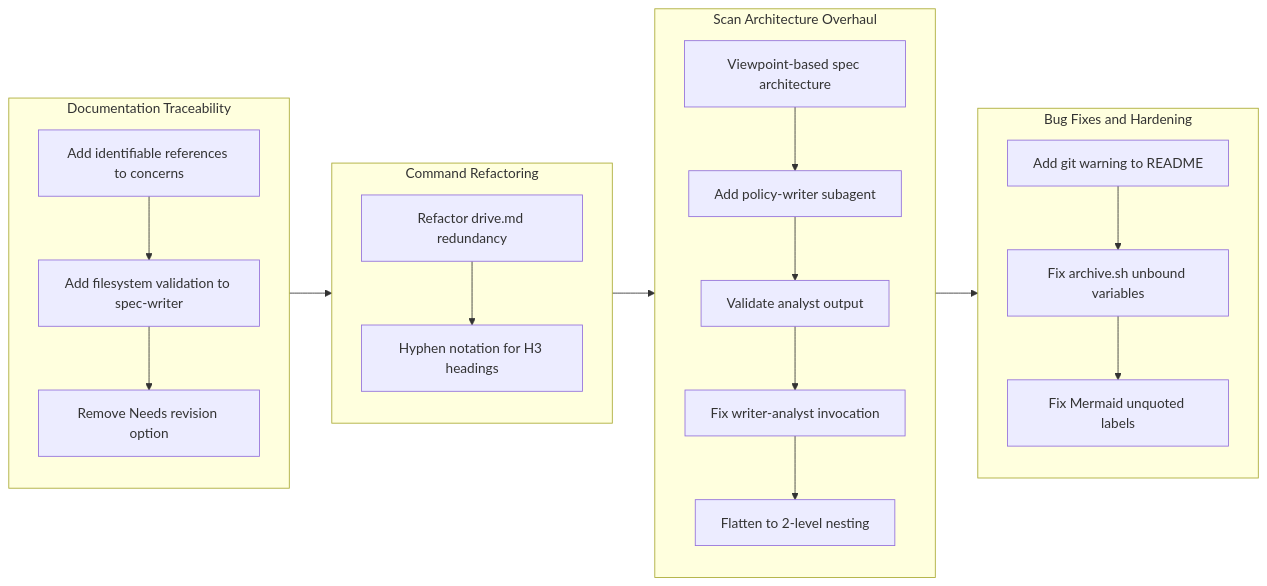
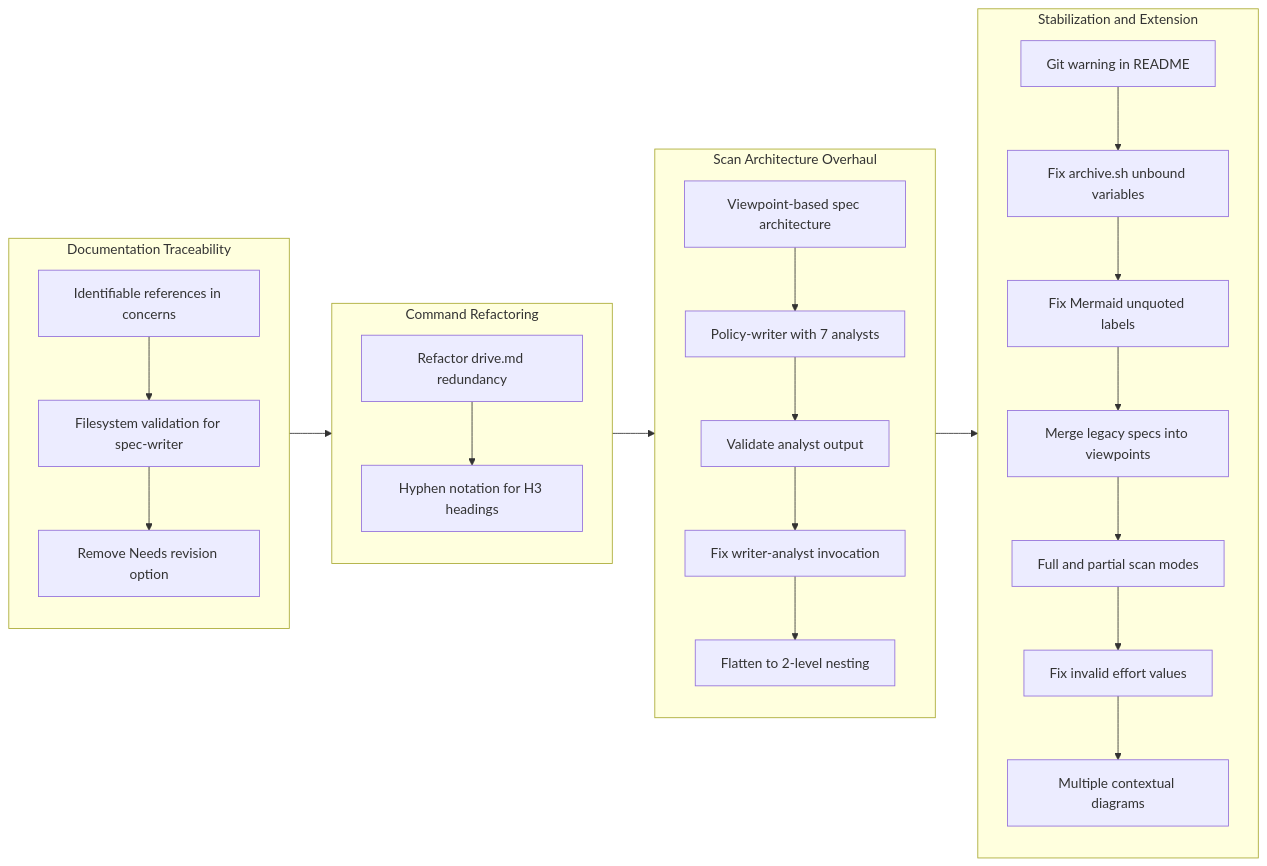
The diagram in .workaholic/stories/drive-20260205-195920.md (qmu/workaholic), drawn with Mermaid before and after one commit. The commit also changed other lines of this file and 1 other file, not shown here.

````diff
--- a/.workaholic/stories/drive-20260205-195920.md
+++ b/.workaholic/stories/drive-20260205-195920.md
@@ -29,24 +29,24 @@
 ```mermaid
 flowchart LR
   subgraph Traceability[Documentation Traceability]
     direction TB
-    t1[Add identifiable references to concerns] --> t2[Add filesystem validation to spec-writer] --> t3[Remove Needs revision option]
+    t1[Identifiable references in concerns] --> t2[Filesystem validation for spec-writer] --> t3[Remove Needs revision option]
   end
 
   subgraph Refactoring[Command Refactoring]
     direction TB
     r1[Refactor drive.md redundancy] --> r2[Hyphen notation for H3 headings]
   end
 
   subgraph ScanArchitecture[Scan Architecture Overhaul]
     direction TB
-    s1[Viewpoint-based spec architecture] --> s2[Add policy-writer subagent] --> s3[Validate analyst output] --> s4[Fix writer-analyst invocation] --> s5[Flatten to 2-level nesting]
+    s1[Viewpoint-based spec architecture] --> s2[Policy-writer with 7 analysts] --> s3[Validate analyst output] --> s4[Fix writer-analyst invocation] --> s5[Flatten to 2-level nesting]
   end
 
-  subgraph Fixes[Bug Fixes and Hardening]
+  subgraph Stabilization[Stabilization and Extension]
     direction TB
-    f1[Add git warning to README] --> f2[Fix archive.sh unbound variables] --> f3[Fix Mermaid unquoted labels]
+    f1[Git warning in README] --> f2[Fix archive.sh unbound variables] --> f3[Fix Mermaid unquoted labels] --> f4[Merge legacy specs into viewpoints] --> f5[Full and partial scan modes] --> f6[Fix invalid effort values] --> f7[Multiple contextual diagrams]
   end
 
-  Traceability --> Refactoring --> ScanArchitecture --> Fixes
+  Traceability --> Refactoring --> ScanArchitecture --> Stabilization
 ```
````
